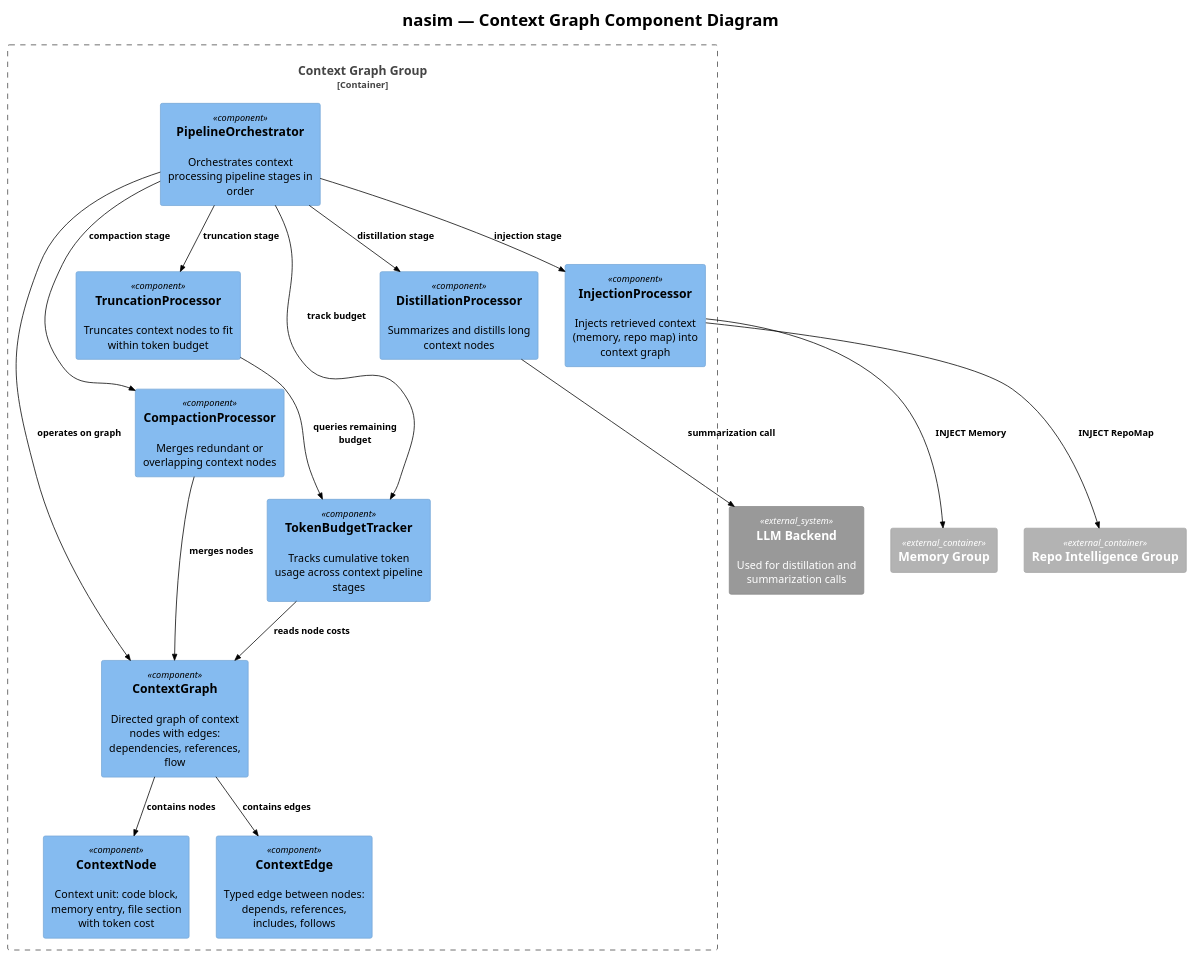
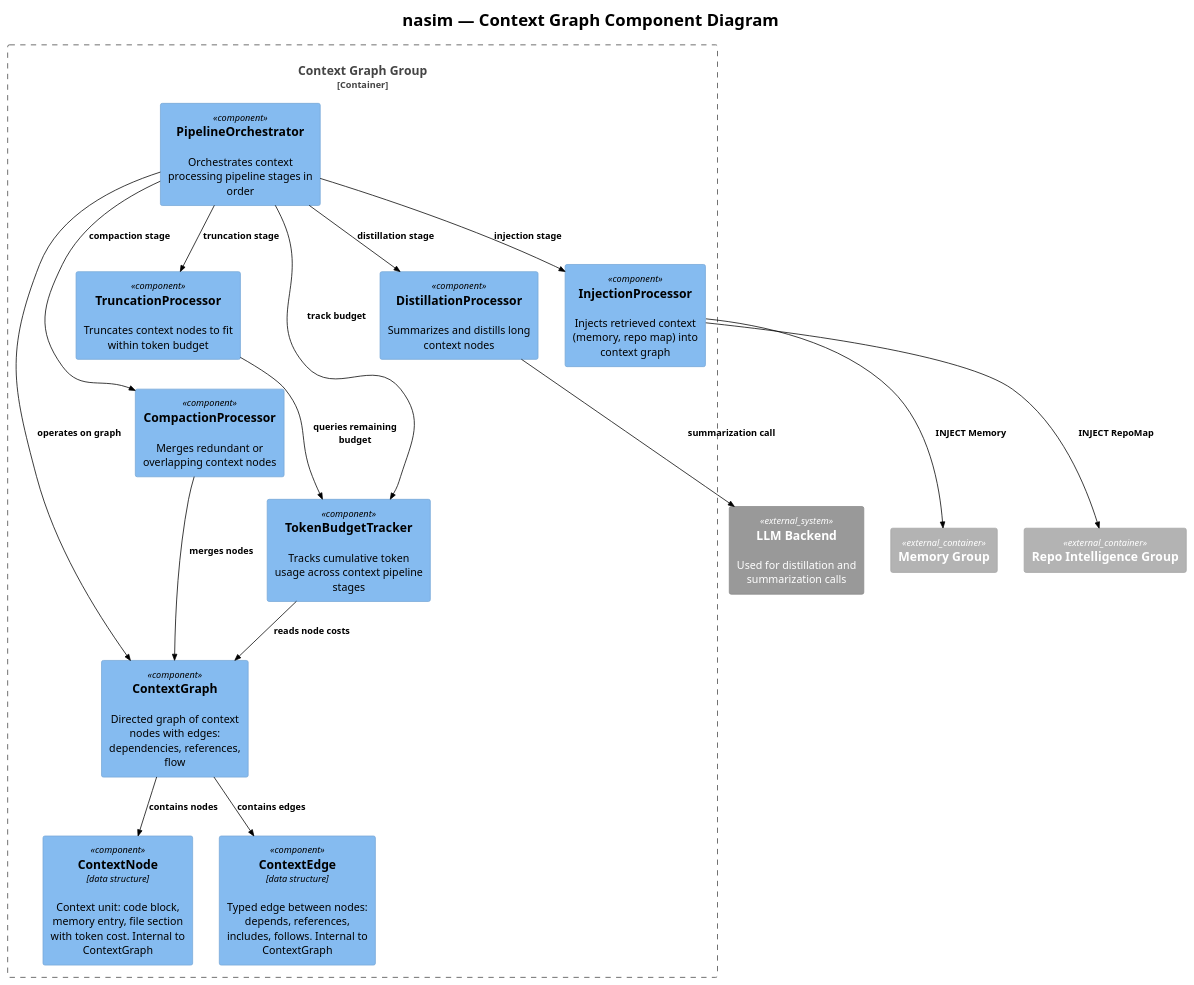
One commit to salimnamvar/nasim changed the diagram in docs/C4/c4_nasim_component_context_graph.puml. Above: the diagram before and after it, drawn with PlantUML. The commit also changed 10 other files, not shown here.

First line of the commit message:
docs: Refactor documentation and code structure for nasim architecture

```diff
--- a/docs/C4/c4_nasim_component_context_graph.puml
+++ b/docs/C4/c4_nasim_component_context_graph.puml
@@ -1,49 +1,49 @@
 @startuml c4_nasim_component_context_graph
 !include https://raw.githubusercontent.com/plantuml-stdlib/C4-PlantUML/v2.10.0/C4_Component.puml
 !theme plain
 
 
 ' ============================================================
 ' Title:     nasim — Context Graph Component Diagram
 ' Boundary:  nasim core library — Context Graph group
 ' Purpose:   Context pipeline: graph construction, truncation, distillation, injection, compaction
 ' Milestone: v1.0
 ' Version:   6.0.0
 ' Source:    docs/audit/audit.2026.06.20.deep.domain.audit.md
 ' Review:    —
 ' ============================================================
 
 title nasim — Context Graph Component Diagram
 
 Container_Boundary(context_graph_boundary, "Context Graph Group") {
     Component(context_graph, "ContextGraph", "", "Directed graph of context nodes with edges: dependencies, references, flow")
-    Component(context_node, "ContextNode", "", "Context unit: code block, memory entry, file section with token cost")
-    Component(context_edge, "ContextEdge", "", "Typed edge between nodes: depends, references, includes, follows")
+    Component(context_node, "ContextNode", "data structure", "Context unit: code block, memory entry, file section with token cost. Internal to ContextGraph")
+    Component(context_edge, "ContextEdge", "data structure", "Typed edge between nodes: depends, references, includes, follows. Internal to ContextGraph")
     Component(pipeline_orchestrator, "PipelineOrchestrator", "", "Orchestrates context processing pipeline stages in order")
     Component(truncation_processor, "TruncationProcessor", "", "Truncates context nodes to fit within token budget")
     Component(distillation_processor, "DistillationProcessor", "", "Summarizes and distills long context nodes")
     Component(injection_processor, "InjectionProcessor", "", "Injects retrieved context (memory, repo map) into context graph")
     Component(compaction_processor, "CompactionProcessor", "", "Merges redundant or overlapping context nodes")
     Component(token_budget_tracker, "TokenBudgetTracker", "", "Tracks cumulative token usage across context pipeline stages")
 }
 
 Container_Ext(memory_group, "Memory Group")
 Container_Ext(repo_intelligence_group, "Repo Intelligence Group")
 System_Ext(llm_backend, "LLM Backend", "Used for distillation and summarization calls")
 
 Rel(context_graph, context_node, "contains nodes")
 Rel(context_graph, context_edge, "contains edges")
 Rel(pipeline_orchestrator, truncation_processor, "truncation stage")
 Rel(pipeline_orchestrator, distillation_processor, "distillation stage")
 Rel(pipeline_orchestrator, injection_processor, "injection stage")
 Rel(pipeline_orchestrator, compaction_processor, "compaction stage")
 Rel(pipeline_orchestrator, token_budget_tracker, "track budget")
 Rel(pipeline_orchestrator, context_graph, "operates on graph")
 Rel(distillation_processor, llm_backend, "summarization call")
 Rel(injection_processor, memory_group, "INJECT Memory")
 Rel(injection_processor, repo_intelligence_group, "INJECT RepoMap")
 Rel(truncation_processor, token_budget_tracker, "queries remaining budget")
 Rel(compaction_processor, context_graph, "merges nodes")
 Rel(token_budget_tracker, context_graph, "reads node costs")
 
 @enduml
```
